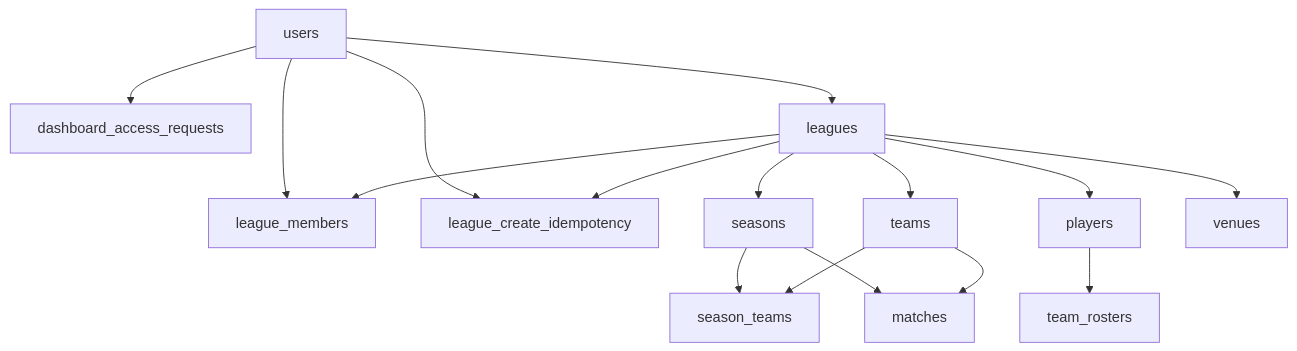
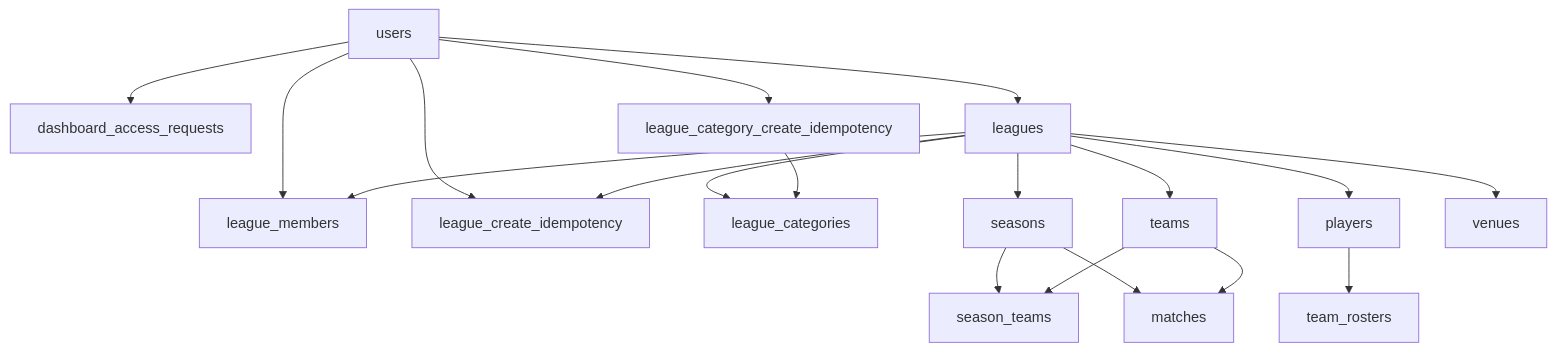
The diagram in docs/DATABASE.md (coderTtxi12/tornea), drawn with Mermaid before and after one commit. The commit also changed other lines of this file and 17 other files, not shown here.

First line of the commit message:
feat: add league category creation api and dashboard slideover

````diff
--- a/docs/DATABASE.md
+++ b/docs/DATABASE.md
@@ -18,30 +18,35 @@
 ```mermaid
 flowchart TB
   users[users]
   dashboard_access_requests[dashboard_access_requests]
   leagues[leagues]
   league_members[league_members]
   league_create_idempotency[league_create_idempotency]
+  league_categories[league_categories]
+  league_category_create_idempotency[league_category_create_idempotency]
   seasons[seasons]
   teams[teams]
   season_teams[season_teams]
   players[players]
   venues[venues]
   matches[matches]
 
   users --> dashboard_access_requests
   users --> leagues
   users --> league_members
   users --> league_create_idempotency
+  users --> league_category_create_idempotency
   leagues --> league_members
   leagues --> league_create_idempotency
+  leagues --> league_categories
+  league_category_create_idempotency --> league_categories
   leagues --> seasons
   leagues --> teams
   leagues --> venues
   leagues --> players
   seasons --> season_teams
   teams --> season_teams
   seasons --> matches
   teams --> matches
   players --> team_rosters
 ```
````
